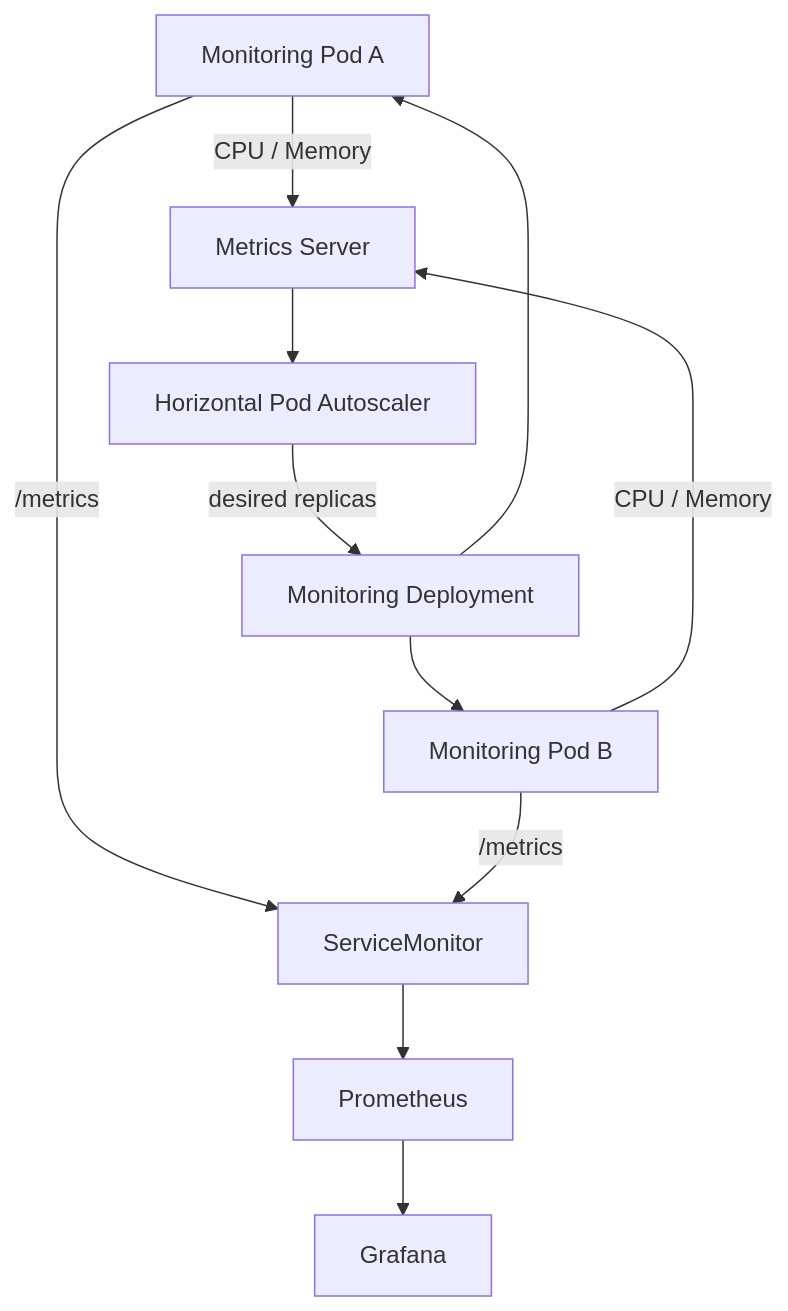
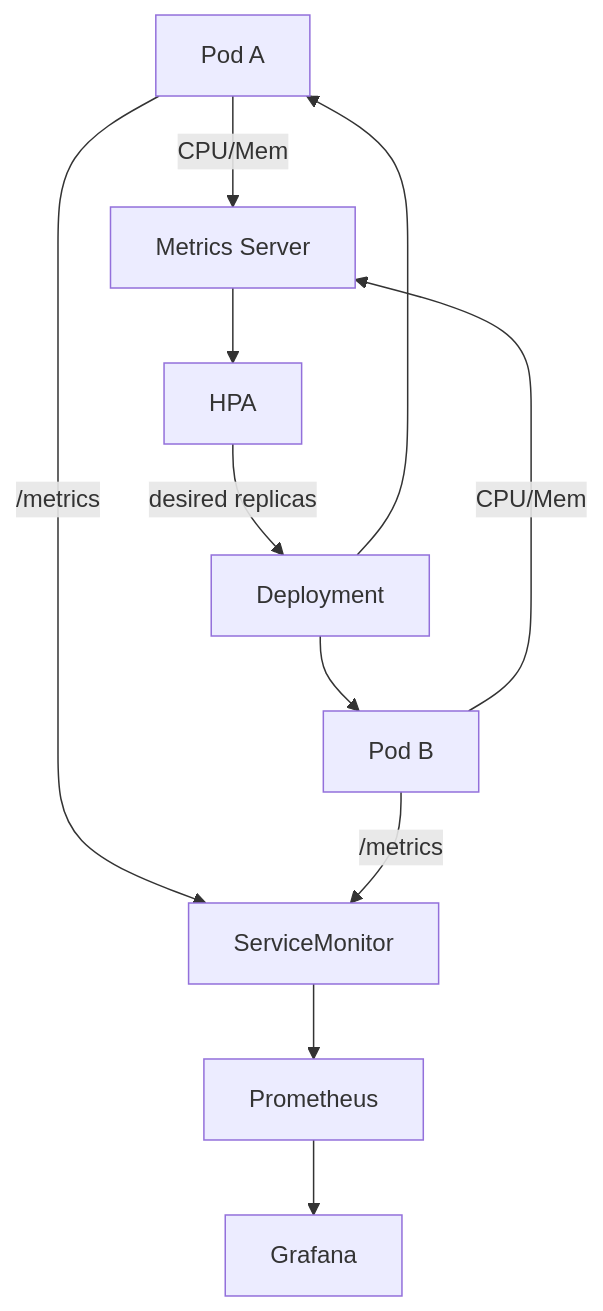
Before and after one commit to hammadqureshi31/cloud-native-monitoring: the sixth of 11 diagrams in README.md, drawn with Mermaid. The commit also changed other lines of this file, not shown here.

````diff
--- a/README.md
+++ b/README.md
@@ -2384,26 +474,12 @@
-```mermaid id="p2k8rw"
+```mermaid
 flowchart TB
-    APP1[Monitoring Pod A]
-    APP2[Monitoring Pod B]
-
-    SM[ServiceMonitor]
-    PROM[Prometheus]
-    GRAF[Grafana]
-
-    MS[Metrics Server]
-    HPA[Horizontal Pod Autoscaler]
-    DEP[Monitoring Deployment]
-
-    APP1 -->|/metrics| SM
-    APP2 -->|/metrics| SM
-    SM --> PROM
-    PROM --> GRAF
-
-    APP1 -->|CPU / Memory| MS
-    APP2 -->|CPU / Memory| MS
-
-    MS --> HPA
-    HPA -->|desired replicas| DEP
+    APP1[Pod A] -->|/metrics| SM[ServiceMonitor]
+    APP2[Pod B] -->|/metrics| SM
+    SM --> PROM[Prometheus]
+    PROM --> GRAF[Grafana]
+    APP1 -->|CPU/Mem| MS[Metrics Server]
+    APP2 -->|CPU/Mem| MS
+    MS --> HPA[HPA] -->|desired replicas| DEP[Deployment]
     DEP --> APP1
     DEP --> APP2
 ```
````
